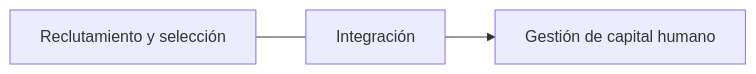
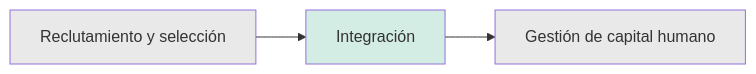
The first of 2 diagrams in docs/README.md (sami-reinoso/hiring-integration), drawn with Mermaid before and after one commit. The commit also changed other lines of this file, not shown here.

Commit message:
Add system diagram

````diff
--- a/docs/README.md
+++ b/docs/README.md
@@ -7,5 +7,7 @@
 ```mermaid
 graph LR
-    A[Reclutamiento y selección] --- B[Integración]
-    B-->C[Gestión de capital humano]
+    classDef existingSystem fill:#e9e9e9
+    classDef system fill:#d3ede4
+    A[Reclutamiento y selección]:::existingSystem --> B[Integración]:::system
+    B-->C[Gestión de capital humano]:::existingSystem
 ```
````
